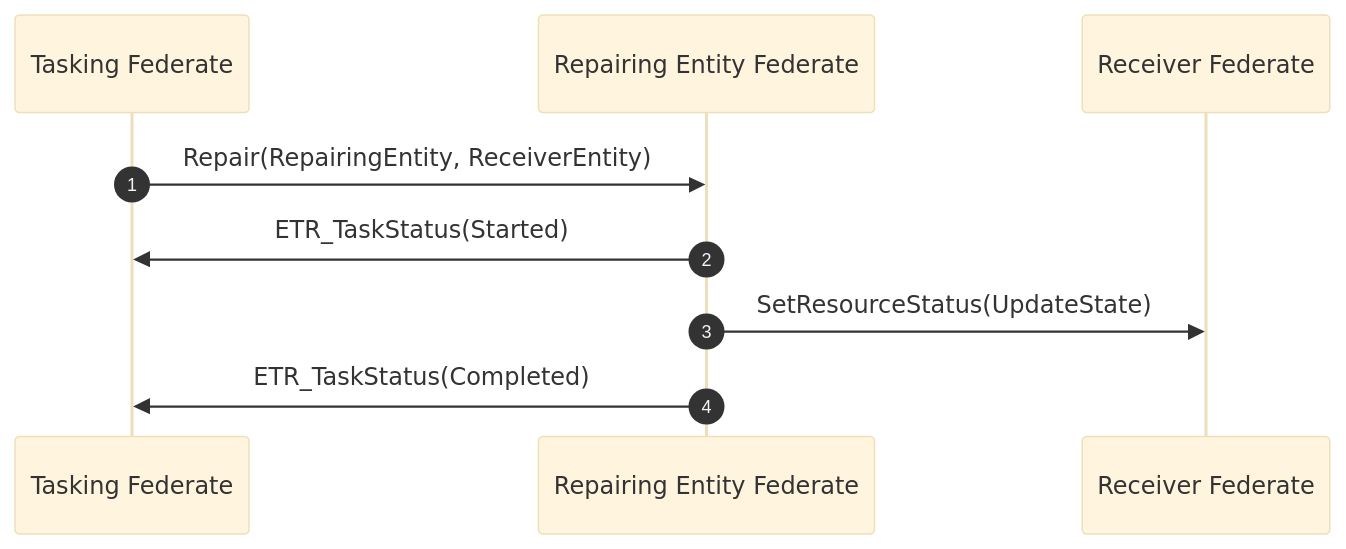
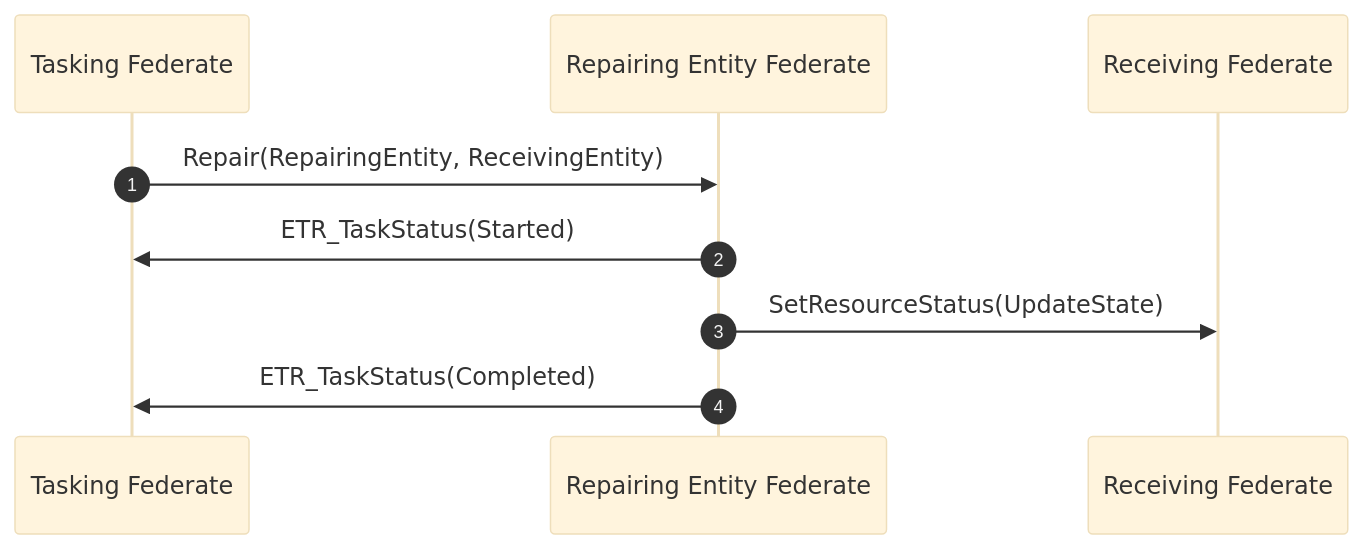
The fourth of 7 diagrams in modules/NETN-LOG/NETN-LOG.md (AMSP-04/NETN-FOM), drawn with Mermaid (base theme) before and after one commit. The commit also changed other lines of this file, not shown here.

````diff
--- a/modules/NETN-LOG/NETN-LOG.md
+++ b/modules/NETN-LOG/NETN-LOG.md
@@ -109,8 +109,8 @@
 ```mermaid
 sequenceDiagram
 autonumber
-Tasking Federate->>Repairing Entity Federate: Repair(RepairingEntity, ReceiverEntity)
+Tasking Federate->>Repairing Entity Federate: Repair(RepairingEntity, ReceivingEntity)
 Repairing Entity Federate->>Tasking Federate: ETR_TaskStatus(Started)
-Repairing Entity Federate->>Receiver Federate: SetResourceStatus(UpdateState)
+Repairing Entity Federate->>Receiving Federate: SetResourceStatus(UpdateState)
 Repairing Entity Federate->>Tasking Federate: ETR_TaskStatus(Completed)
 ```
````
